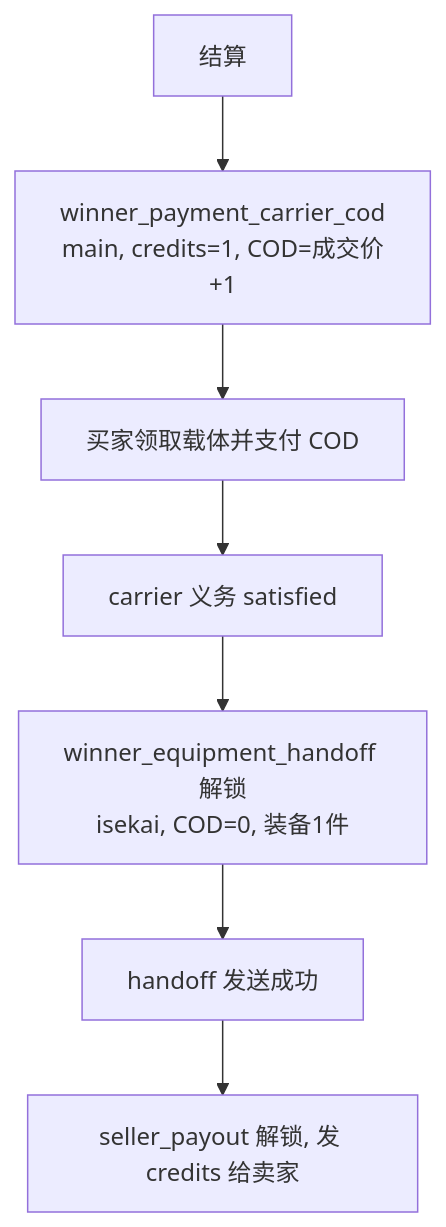
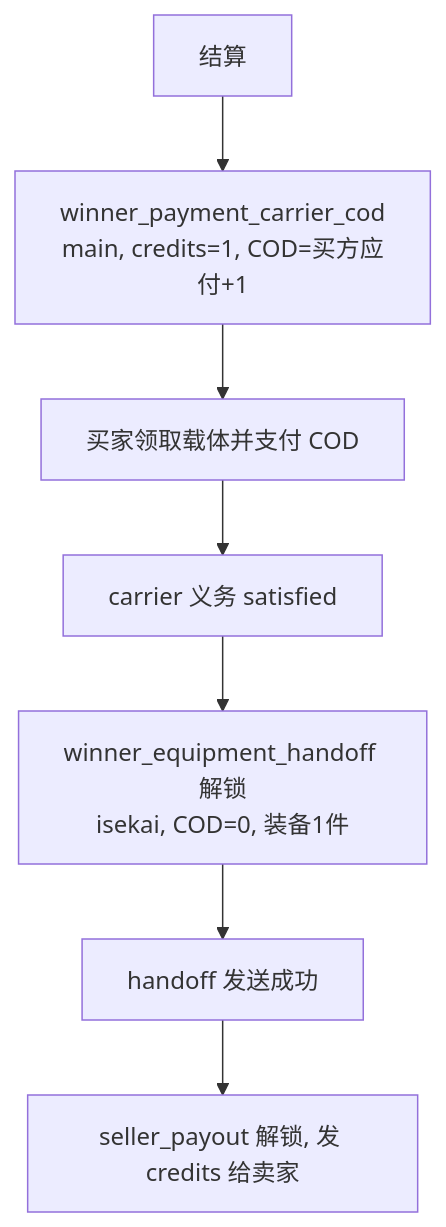
The second of 3 diagrams in docs/guide/cod-settlement-flow.md (ngnlAYY/Auction), drawn with Mermaid before and after one commit. The commit also changed other lines of this file and 77 other files, not shown here.

````diff
--- a/docs/guide/cod-settlement-flow.md
+++ b/docs/guide/cod-settlement-flow.md
@@ -38,9 +42,9 @@
 ```mermaid
 flowchart TD
-  A[结算] --> B[winner_payment_carrier_cod<br/>main, credits=1, COD=成交价+1]
+  A[结算] --> B[winner_payment_carrier_cod<br/>main, credits=1, COD=买方应付+1]
   B --> C[买家领取载体并支付 COD]
   C --> D[carrier 义务 satisfied]
   D --> E[winner_equipment_handoff 解锁<br/>isekai, COD=0, 装备1件]
   E --> F[handoff 发送成功]
   F --> G[seller_payout 解锁, 发 credits 给卖家]
 ```
````
